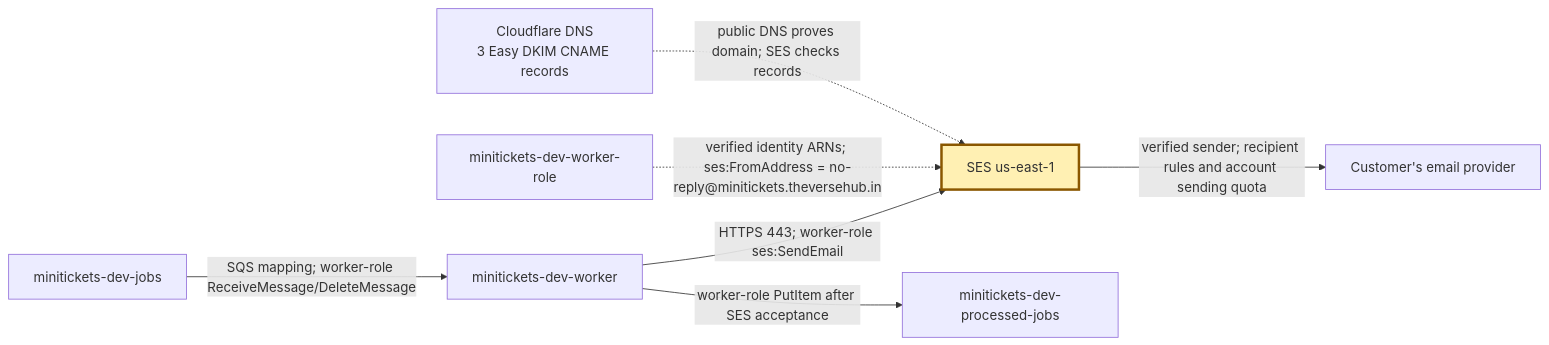
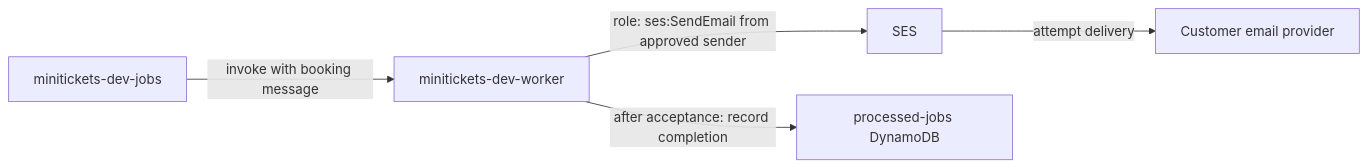
One commit to maheshnd/minitickets changed the diagram in docs/handbook/concepts/ses-email.md. Above: the diagram before and after it, drawn with Mermaid. The commit also changed other lines of this file and 39 other files, not shown here.

````diff
--- a/docs/handbook/concepts/ses-email.md
+++ b/docs/handbook/concepts/ses-email.md
@@ -14,11 +18,7 @@
 ```mermaid
 flowchart LR
-    queue["minitickets-dev-jobs"] -->|"SQS mapping; worker-role ReceiveMessage/DeleteMessage"| worker["minitickets-dev-worker"]
-    worker -->|"HTTPS 443; worker-role ses:SendEmail"| ses["SES us-east-1"]
-    role["minitickets-dev-worker-role"] -.->|"verified identity ARNs; ses:FromAddress = no-reply@minitickets.theversehub.in"| ses
-    dns["Cloudflare DNS<br/>3 Easy DKIM CNAME records"] -.->|"public DNS proves domain; SES checks records"| ses
-    ses -->|"verified sender; recipient rules and account sending quota"| inbox["Customer's email provider"]
-    worker -->|"worker-role PutItem after SES acceptance"| done["minitickets-dev-processed-jobs"]
-    classDef focus fill:#fff0b3,stroke:#8a5700,stroke-width:3px
-    class ses focus
+    queue["minitickets-dev-jobs"] -->|"invoke with booking message"| worker["minitickets-dev-worker"]
+    worker -->|"role: ses:SendEmail from approved sender"| ses["SES"]
+    ses -->|"attempt delivery"| inbox["Customer email provider"]
+    worker -->|"after acceptance: record completion"| done["processed-jobs DynamoDB"]
 ```
````
